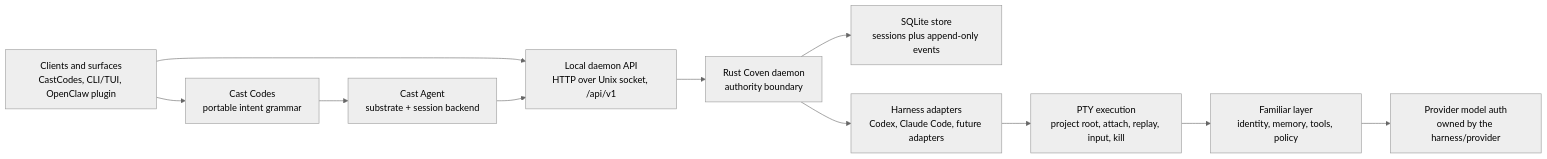
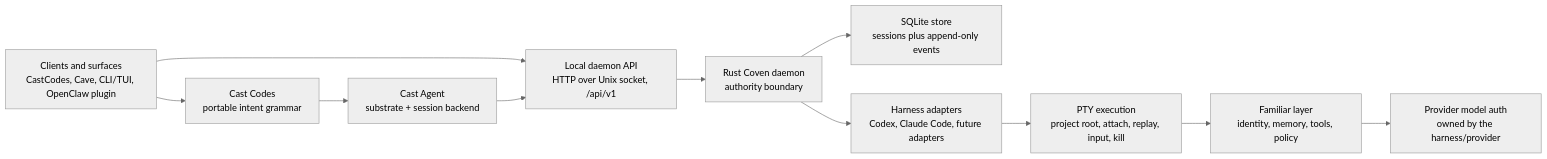
The first of 9 diagrams in content/docs/reference/migration-map.mdx (OpenCoven/coven-docs), drawn with Mermaid (neutral theme) before and after one commit. The commit also changed 13 other files, not shown here.

````diff
--- a/content/docs/reference/migration-map.mdx
+++ b/content/docs/reference/migration-map.mdx
@@ -18,20 +18,20 @@
 ```mermaid
 flowchart LR
-  Surfaces["Clients and surfaces\nCastCodes, CLI/TUI, OpenClaw plugin"]
+  Surfaces["Clients and surfaces\nCastCodes, Cave, CLI/TUI, OpenClaw plugin"]
   Codes["Cast Codes\nportable intent grammar"]
   Agent["Cast Agent\nsubstrate + session backend"]
   Api["Local daemon API\nHTTP over Unix socket, /api/v1"]
   Daemon["Rust Coven daemon\nauthority boundary"]
   Store["SQLite store\nsessions plus append-only events"]
   Harness["Harness adapters\nCodex, Claude Code, future adapters"]
   Pty["PTY execution\nproject root, attach, replay, input, kill"]
   Familiar["Familiar layer\nidentity, memory, tools, policy"]
   Model["Provider model auth\nowned by the harness/provider"]
 
   Surfaces --> Codes --> Agent
   Surfaces --> Api
   Agent --> Api --> Daemon
   Daemon --> Store
   Daemon --> Harness --> Pty
   Pty --> Familiar --> Model
 ```
````
